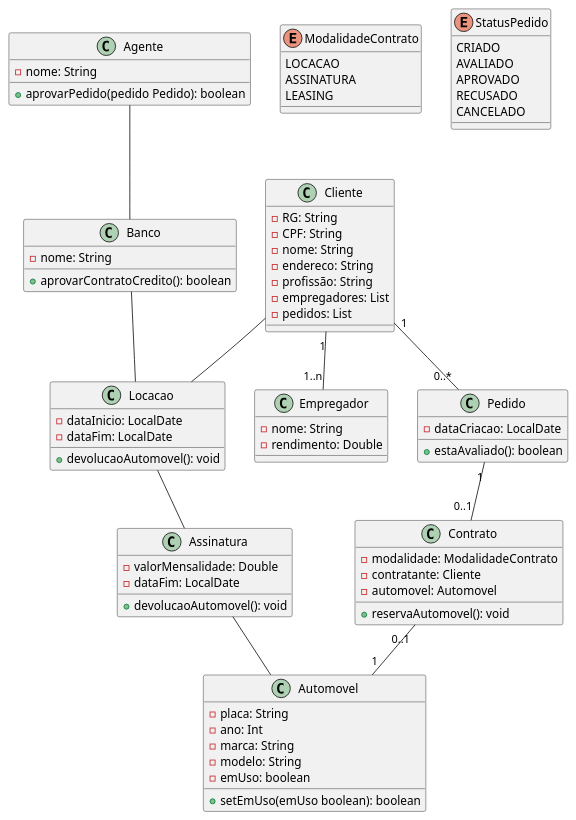
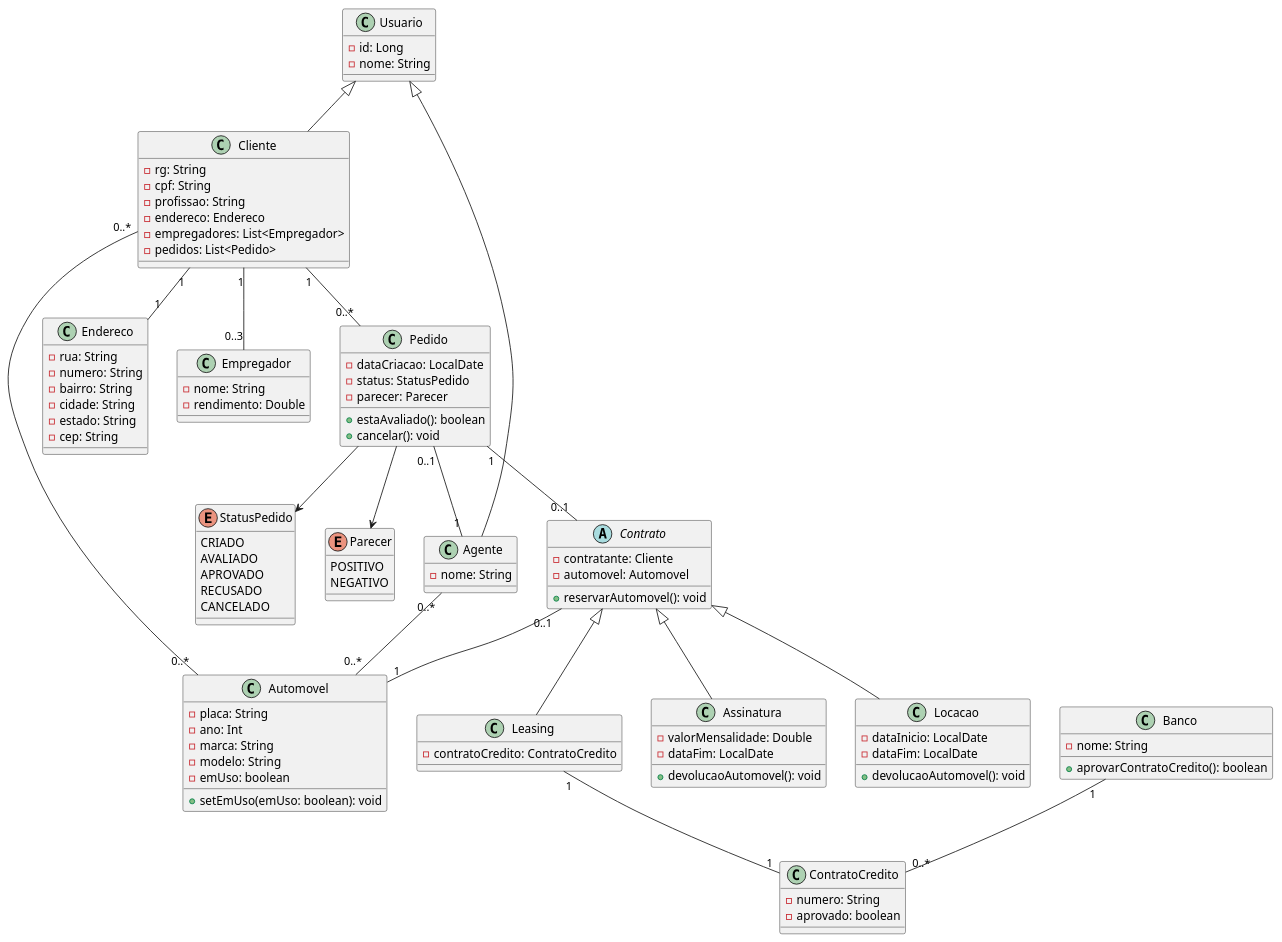
Before and after one commit to brunokilo/lab02-aluguel-carros: the diagram in docs/diagramas/classes.puml, drawn with PlantUML. The commit also changed 3 other files, not shown here.

Commit message:
feat: atualizar diagramas de casos de uso e classes com novas entidades e relacionamentos

```diff
--- a/docs/diagramas/classes.puml
+++ b/docs/diagramas/classes.puml
@@ -1,85 +1,122 @@
 @startuml
-class Agente{
-  -nome: String
-  +aprovarPedido(pedido Pedido): boolean
+
+class Usuario {
+    -id: Long
+    -nome: String
 }
 
-class Cliente{
-  -RG: String
-  -CPF: String
-  -nome: String
-  -endereco: String
-  -profissão: String
-  -empregadores: List
-  -pedidos: List
+class Cliente {
+    -rg: String
+    -cpf: String
+    -profissao: String
+    -endereco: Endereco
+    -empregadores: List<Empregador>
+    -pedidos: List<Pedido>
 }
 
-class Banco{
-  -nome: String
-  +aprovarContratoCredito(): boolean
+class Agente {
+    -nome: String
 }
 
-class Automovel{
-  -placa: String
-  -ano: Int
-  -marca: String
-  -modelo: String
-  -emUso: boolean
-  +setEmUso(emUso boolean): boolean
+class Banco {
+    -nome: String
+    +aprovarContratoCredito(): boolean
 }
 
-
-class Contrato{
-  -modalidade: ModalidadeContrato
-  -contratante: Cliente
-  -automovel: Automovel
-  +reservaAutomovel(): void
+class Endereco {
+    -rua: String
+    -numero: String
+    -bairro: String
+    -cidade: String
+    -estado: String
+    -cep: String
 }
 
-enum ModalidadeContrato {
-  LOCACAO
-  ASSINATURA
-  LEASING
+class Empregador {
+    -nome: String
+    -rendimento: Double
 }
 
-class Locacao{
-  -dataInicio: LocalDate 
-  -dataFim: LocalDate 
-  +devolucaoAutomovel(): void
+class Pedido {
+    -dataCriacao: LocalDate
+    -status: StatusPedido
+    -parecer: Parecer
+    +estaAvaliado(): boolean
+    +cancelar(): void
 }
 
-class Assinatura{
-  -valorMensalidade: Double 
-  -dataFim: LocalDate 
-  +devolucaoAutomovel(): void
+abstract class Contrato {
+    -contratante: Cliente
+    -automovel: Automovel
+    +reservarAutomovel(): void
 }
 
-class Empregador{
-  -nome: String
-  -rendimento: Double
+class Locacao {
+    -dataInicio: LocalDate
+    -dataFim: LocalDate
+    +devolucaoAutomovel(): void
 }
 
-class Pedido{
-  -dataCriacao: LocalDate
-  +estaAvaliado(): boolean
+class Assinatura {
+    -valorMensalidade: Double
+    -dataFim: LocalDate
+    +devolucaoAutomovel(): void
+}
+
+class Leasing {
+    -contratoCredito: ContratoCredito
+}
+
+class ContratoCredito {
+    -numero: String
+    -aprovado: boolean
+}
+
+class Automovel {
+    -placa: String
+    -ano: Int
+    -marca: String
+    -modelo: String
+    -emUso: boolean
+    +setEmUso(emUso: boolean): void
 }
 
 enum StatusPedido {
-  CRIADO
-  AVALIADO
-  APROVADO
-  RECUSADO
-  CANCELADO
+    CRIADO
+    AVALIADO
+    APROVADO
+    RECUSADO
+    CANCELADO
 }
 
-Pedido   "1"    -- "0..1" Contrato  
-Cliente  "1"    -- "1..n" Empregador
-Cliente  "1"    -- "0..*" Pedido
-Cliente -- Locacao
-Banco -- Locacao
-Locacao -- Assinatura
-Assinatura -- Automovel
-Agente  -- Banco
+enum Parecer {
+    POSITIVO
+    NEGATIVO
+}
+
+Usuario <|-- Cliente
+Usuario <|-- Agente
+
+Cliente "1" -- "1" Endereco
+Cliente "1" -- "0..3" Empregador
+Cliente "1" -- "0..*" Pedido
+
+Pedido "1" -- "0..1" Contrato
+Pedido "0..1" -- "1" Agente
+
+Contrato <|-- Locacao
+Contrato <|-- Assinatura
+Contrato <|-- Leasing
+
 Contrato "0..1" -- "1" Automovel
 
+Leasing "1" -- "1" ContratoCredito
+Banco "1" -- "0..*" ContratoCredito
+
+Cliente "0..*" -- "0..*" Automovel
+Agente "0..*" -- "0..*" Automovel
+
+Pedido --> StatusPedido
+Pedido --> Parecer
+
 @enduml
```
